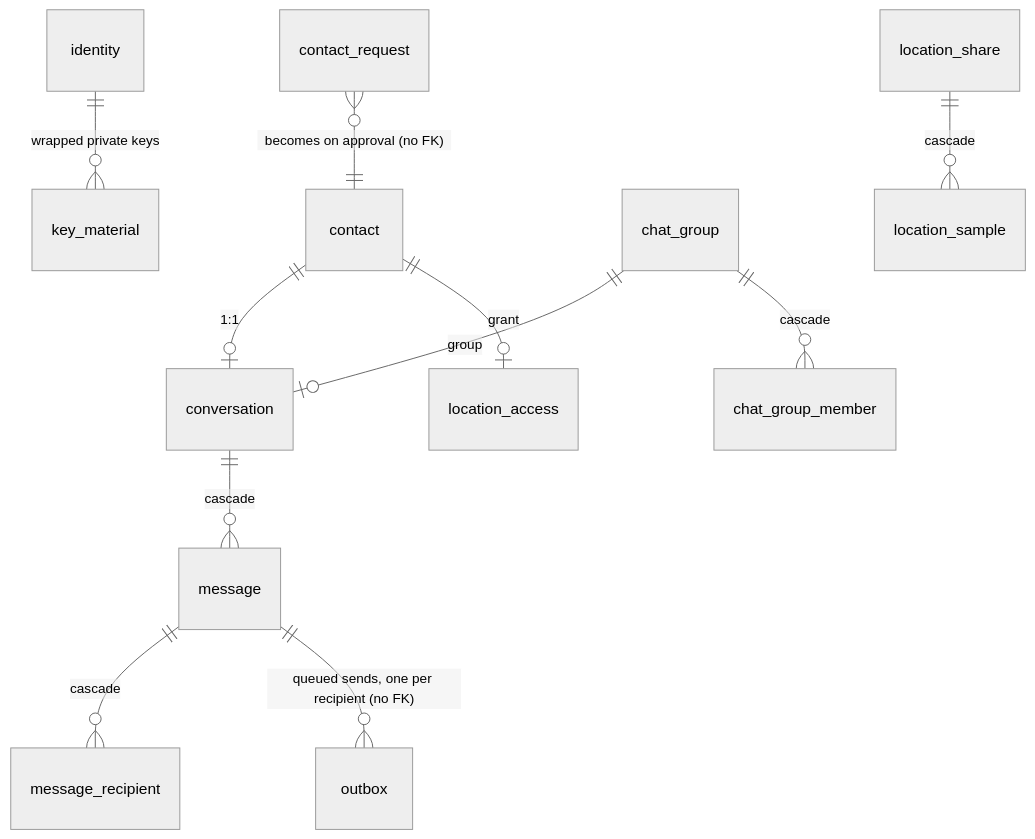
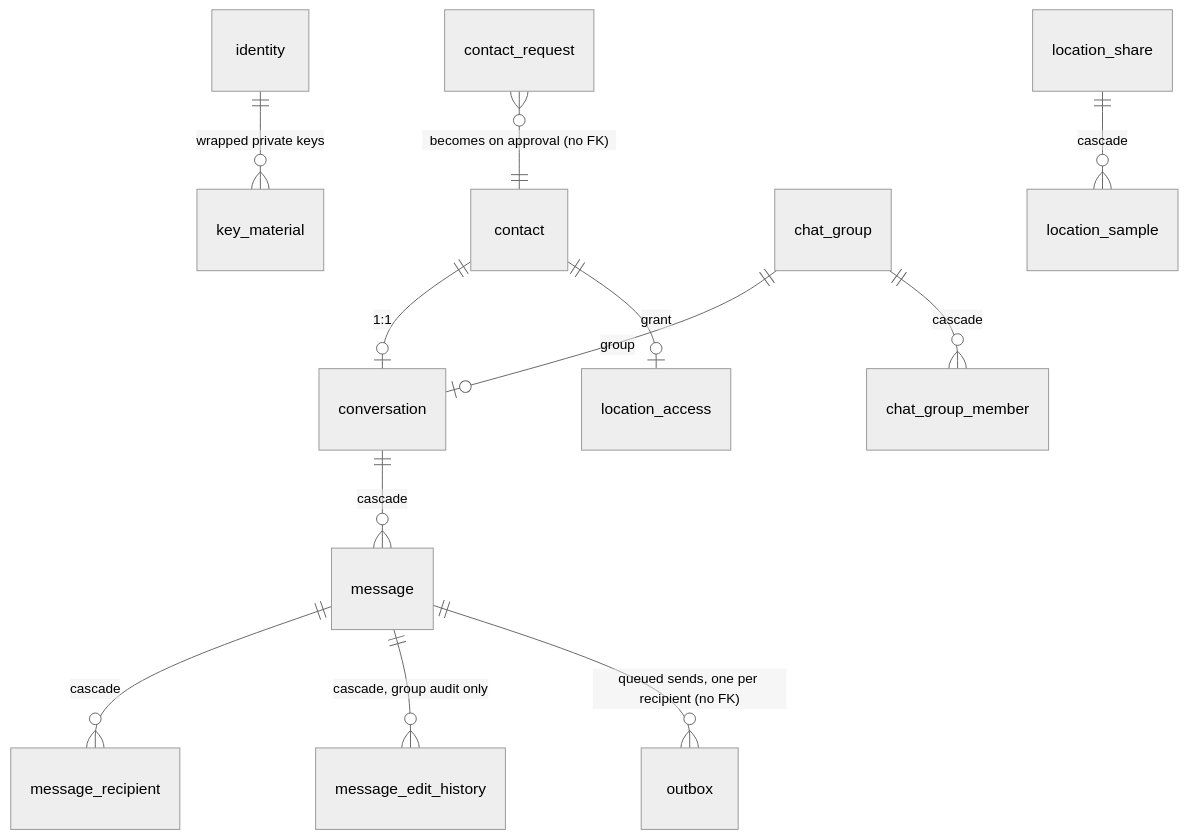
One commit to 0xAsghar/vMessenger changed the diagram in docs/Database.md. Above: the diagram before and after it, drawn with Mermaid (neutral theme). The commit also changed other lines of this file and 5 other files, not shown here.

````diff
--- a/docs/Database.md
+++ b/docs/Database.md
@@ -43,13 +43,14 @@
 ```mermaid
 erDiagram
   identity ||--o{ key_material : "wrapped private keys"
   contact ||--o| conversation : "1:1"
   chat_group ||--o| conversation : "group"
   chat_group ||--o{ chat_group_member : "cascade"
   contact ||--o| location_access : "grant"
   conversation ||--o{ message : "cascade"
   message ||--o{ message_recipient : "cascade"
+  message ||--o{ message_edit_history : "cascade, group audit only"
   message ||--o{ outbox : "queued sends, one per recipient (no FK)"
   location_share ||--o{ location_sample : "cascade"
   contact_request }o--|| contact : "becomes on approval (no FK)"
 ```
````
